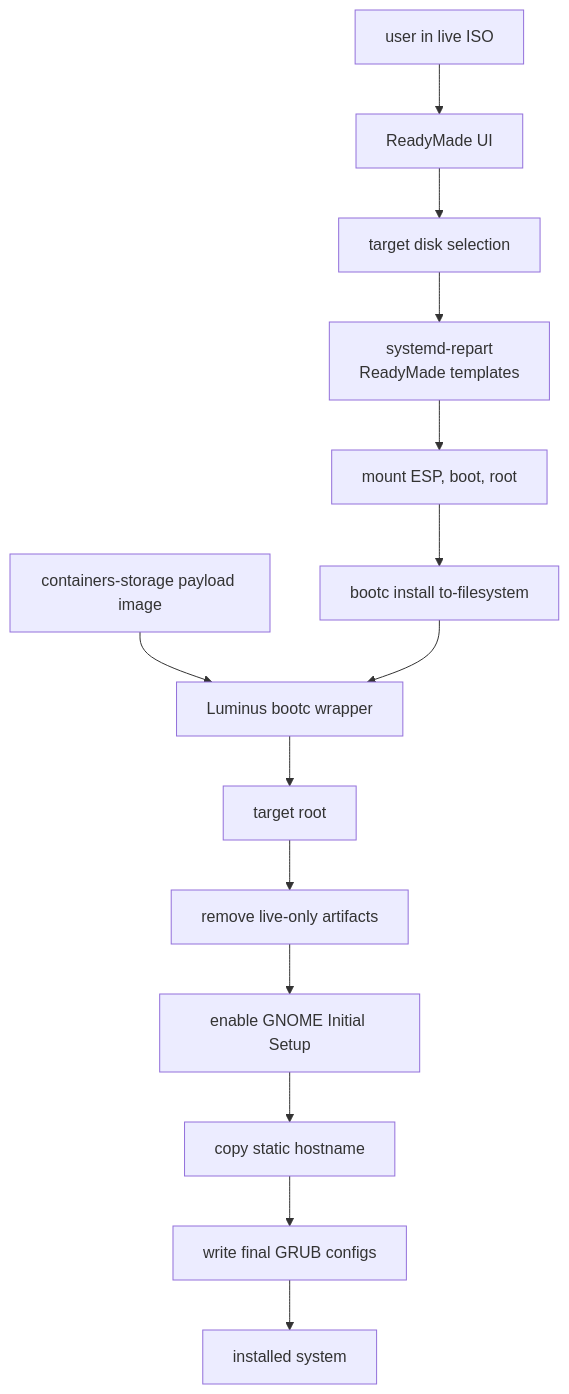
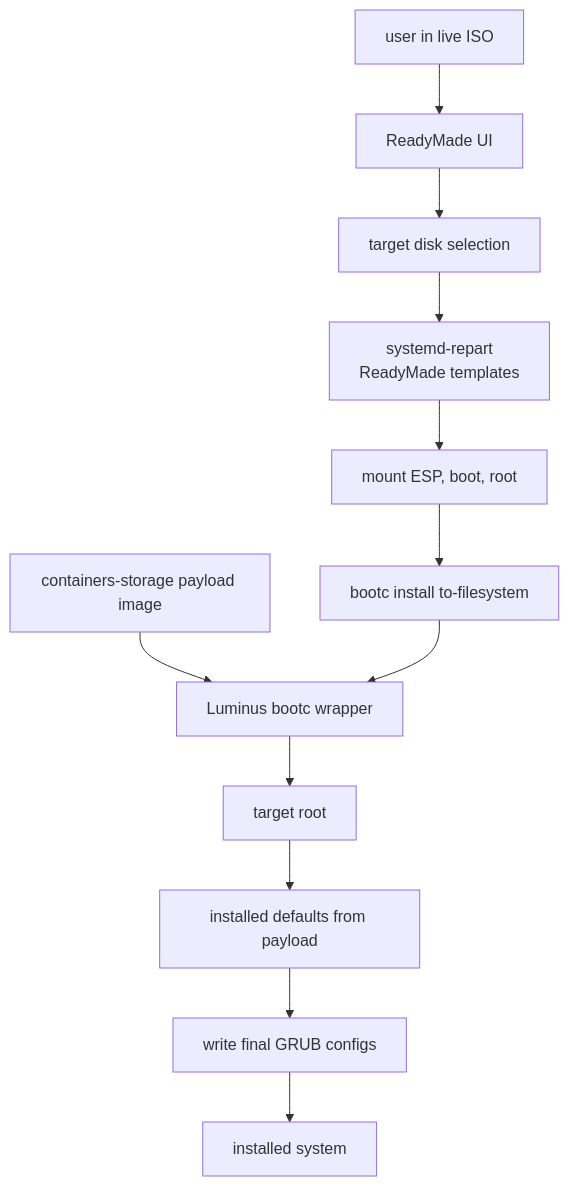
The seventh of 15 diagrams in ARCHITECTURE.md (luminusOS/images), drawn with Mermaid before and after one commit. The commit also changed other lines of this file and 34 other files, not shown here.

````diff
--- a/ARCHITECTURE.md
+++ b/ARCHITECTURE.md
@@ -402,21 +389,19 @@
 ```mermaid
 flowchart TD
     User["user in live ISO"]
     ReadyMadeUI["ReadyMade UI"]
     Disk["target disk selection"]
     Repart["systemd-repart<br/>ReadyMade templates"]
     Mounts["mount ESP, boot, root"]
     BootcInstall["bootc install to-filesystem"]
     BootcWrapper["Luminus bootc wrapper"]
     Payload["containers-storage payload image"]
     TargetRoot["target root"]
-    Cleanup["remove live-only artifacts"]
-    InitialSetup["enable GNOME Initial Setup"]
-    Hostname["copy static hostname"]
+    PayloadDefaults["installed defaults from payload"]
     Grub["write final GRUB configs"]
     Done["installed system"]
 
     User --> ReadyMadeUI --> Disk --> Repart --> Mounts --> BootcInstall
     Payload --> BootcWrapper
-    BootcInstall --> BootcWrapper --> TargetRoot --> Cleanup --> InitialSetup --> Hostname --> Grub --> Done
+    BootcInstall --> BootcWrapper --> TargetRoot --> PayloadDefaults --> Grub --> Done
 ```
````
